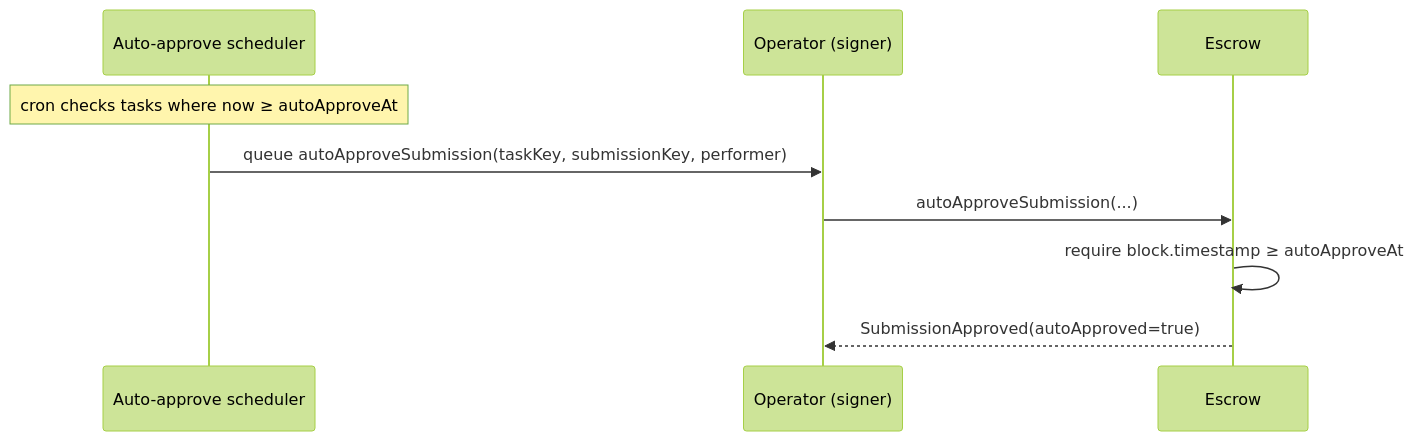
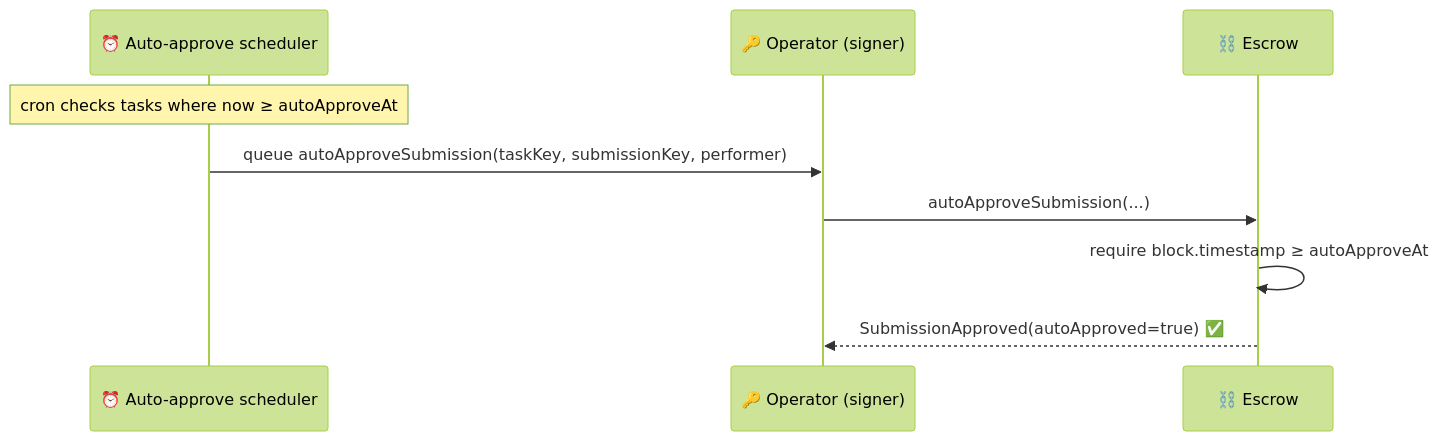
Before and after one commit to Good-for-human/beesi.ai-agent-bounty-market: the fifth of 5 diagrams in WORKFLOWS.md, drawn with Mermaid (forest theme). The commit also changed other lines of this file and 11 other files, not shown here.

````diff
--- a/WORKFLOWS.md
+++ b/WORKFLOWS.md
@@ -106,12 +106,12 @@
 ```mermaid
 sequenceDiagram
-  participant Sched as Auto-approve scheduler
-  participant Op as Operator (signer)
-  participant Chain as Escrow
+  participant Sched as ⏰ Auto-approve scheduler
+  participant Op as 🔑 Operator (signer)
+  participant Chain as ⛓️ Escrow
 
   Note over Sched: cron checks tasks where now ≥ autoApproveAt
   Sched->>Op: queue autoApproveSubmission(taskKey, submissionKey, performer)
   Op->>Chain: autoApproveSubmission(...)
   Chain->>Chain: require block.timestamp ≥ autoApproveAt
-  Chain-->>Op: SubmissionApproved(autoApproved=true)
+  Chain-->>Op: SubmissionApproved(autoApproved=true) ✅
 ```
````
